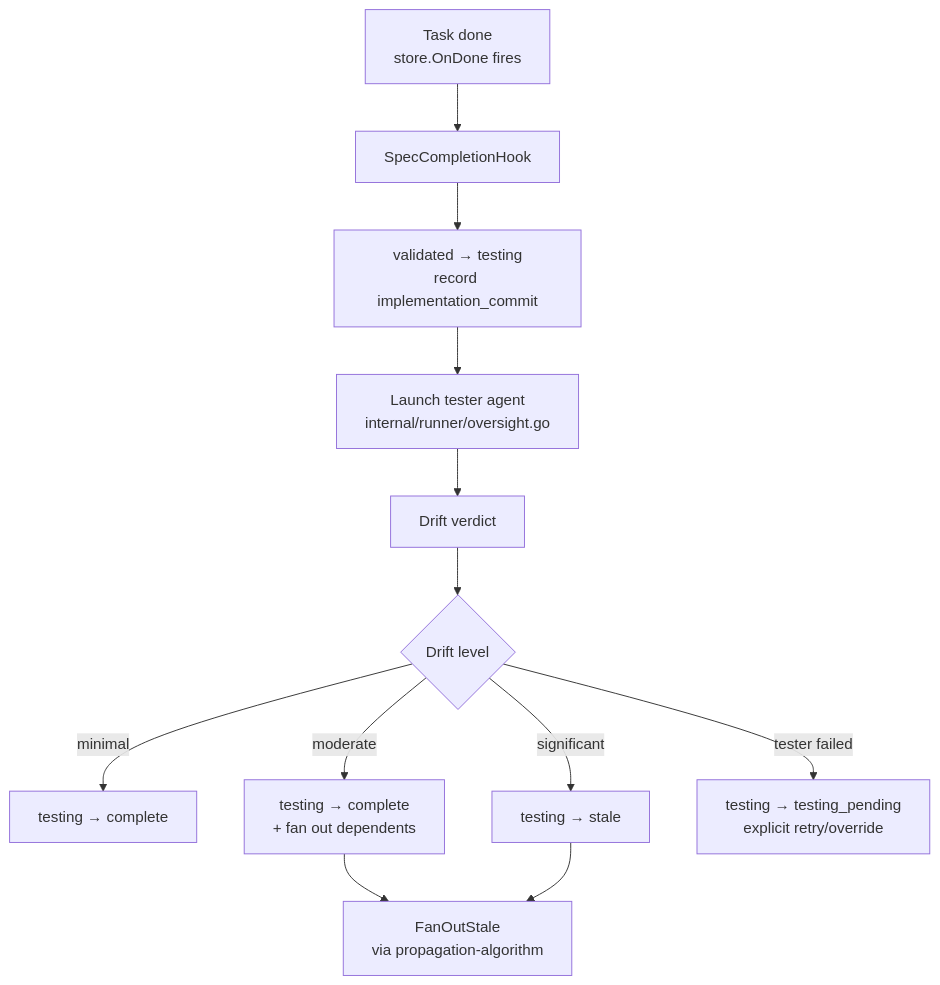
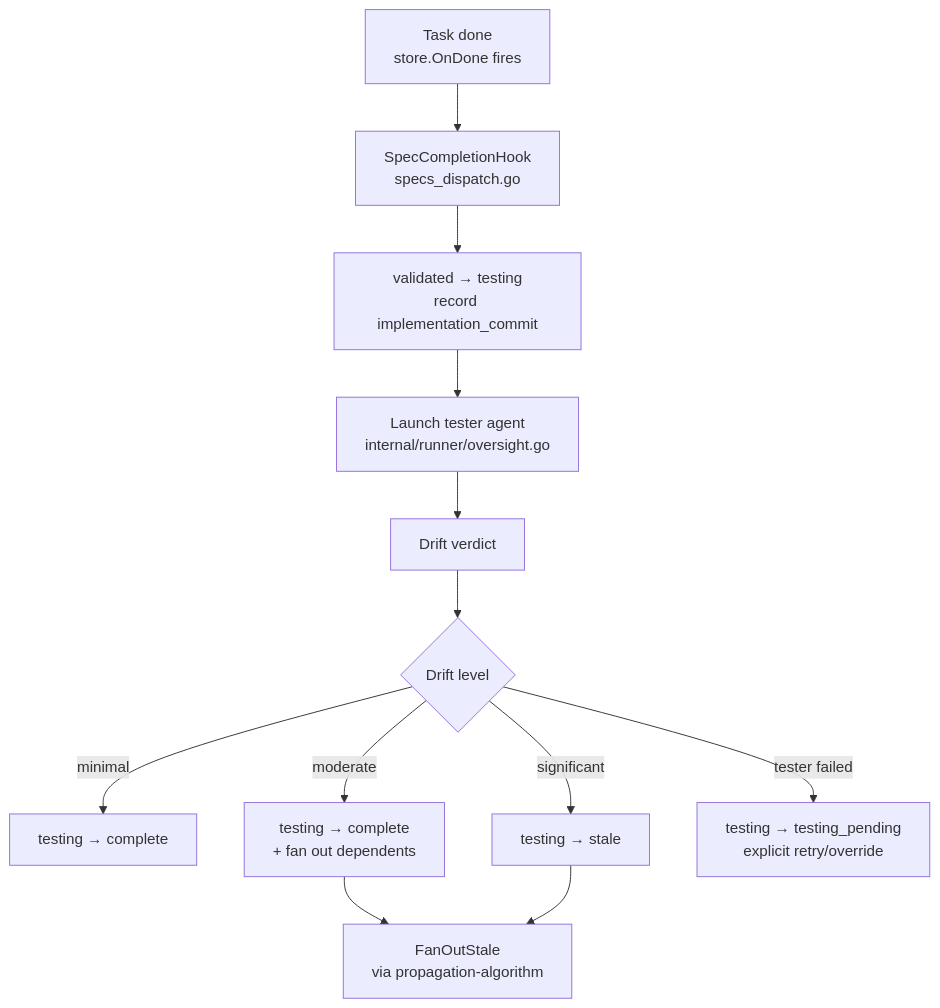
Before and after one commit to changkun/wallfacer: the diagram in specs/local/spec-coordination/spec-state-control-plane/drift-pipeline.md, drawn with Mermaid. The commit also changed other lines of this file and 11 other files, not shown here.

First line of the commit message:
spec(local): refine against Vue + host-executor architecture

````diff
--- a/specs/local/spec-coordination/spec-state-control-plane/drift-pipeline.md
+++ b/specs/local/spec-coordination/spec-state-control-plane/drift-pipeline.md
@@ -34,14 +34,14 @@
 ```mermaid
 flowchart TD
-  T[Task done<br/>store.OnDone fires] --> H[SpecCompletionHook]
+  T[Task done<br/>store.OnDone fires] --> H[SpecCompletionHook<br/>specs_dispatch.go]
   H --> W1[validated → testing<br/>record implementation_commit]
   W1 --> R[Launch tester agent<br/>internal/runner/oversight.go]
   R --> V[Drift verdict]
   V --> D{Drift level}
   D -->|minimal| C1[testing → complete]
   D -->|moderate| C2[testing → complete<br/>+ fan out dependents]
   D -->|significant| S[testing → stale]
   D -->|tester failed| F[testing → testing_pending<br/>explicit retry/override]
   C2 --> FO[FanOutStale<br/>via propagation-algorithm]
   S --> FO
 ```
````
